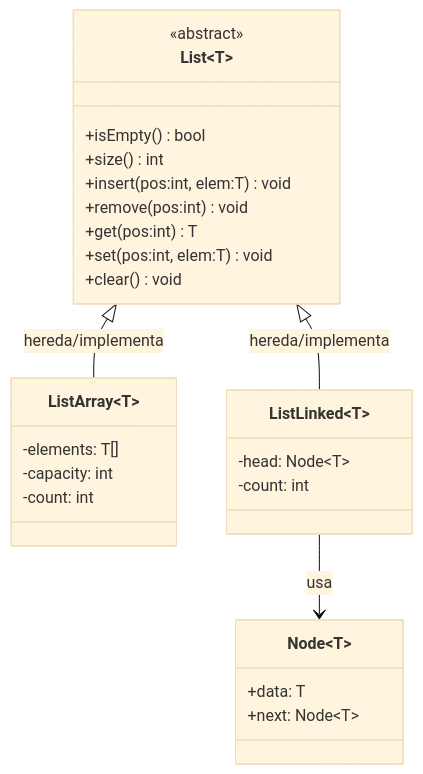
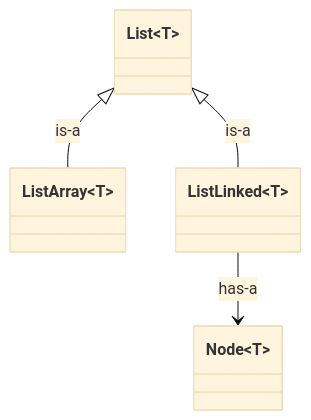
One commit to JuanIzquierdoDomenech/pra_gitbook_poo changed the diagram in parte-1-edl-lista-generica/README.md. Above: the diagram before and after it, drawn with Mermaid (base theme).

Commit message:
GITBOOK-12: No subject

````diff
--- a/parte-1-edl-lista-generica/README.md
+++ b/parte-1-edl-lista-generica/README.md
@@ -14,33 +14,13 @@
 ```mermaid
 classDiagram
-    class List~T~ {
-        <<abstract>>
-        +isEmpty() bool
-        +size() int
-        +insert(pos:int, elem:T) void
-        +remove(pos:int) void
-        +get(pos:int) T
-        +set(pos:int, elem:T) void
-        +clear() void
-    }
 
-    class ListArray~T~ {
-        -elements: T[]
-        -capacity: int
-        -count: int
-    }
+class List~T~
+class ListArray~T~
+class ListLinked~T~
+class Node~T~
 
-    class ListLinked~T~ {
-        -head: Node~T~
-        -count: int
-    }
+List~T~ <|-- ListArray~T~ : is-a
+List~T~ <|-- ListLinked~T~ : is-a
 
-    class Node~T~ {
-        +data: T
-        +next: Node~T~
-    }
-
-    List~T~ <|-- ListArray~T~ : hereda/implementa
-    List~T~ <|-- ListLinked~T~ : hereda/implementa
-    ListLinked~T~ --> Node~T~ : usa
+ListLinked~T~ --> Node~T~ : has-a
 ```
````
